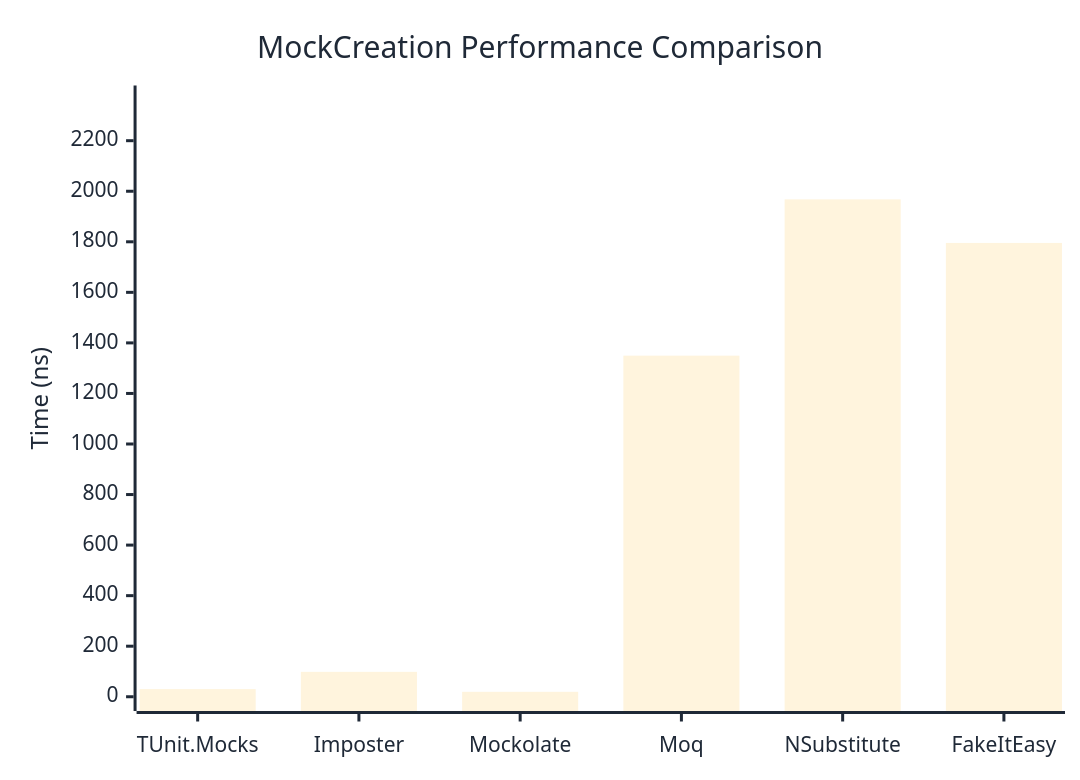
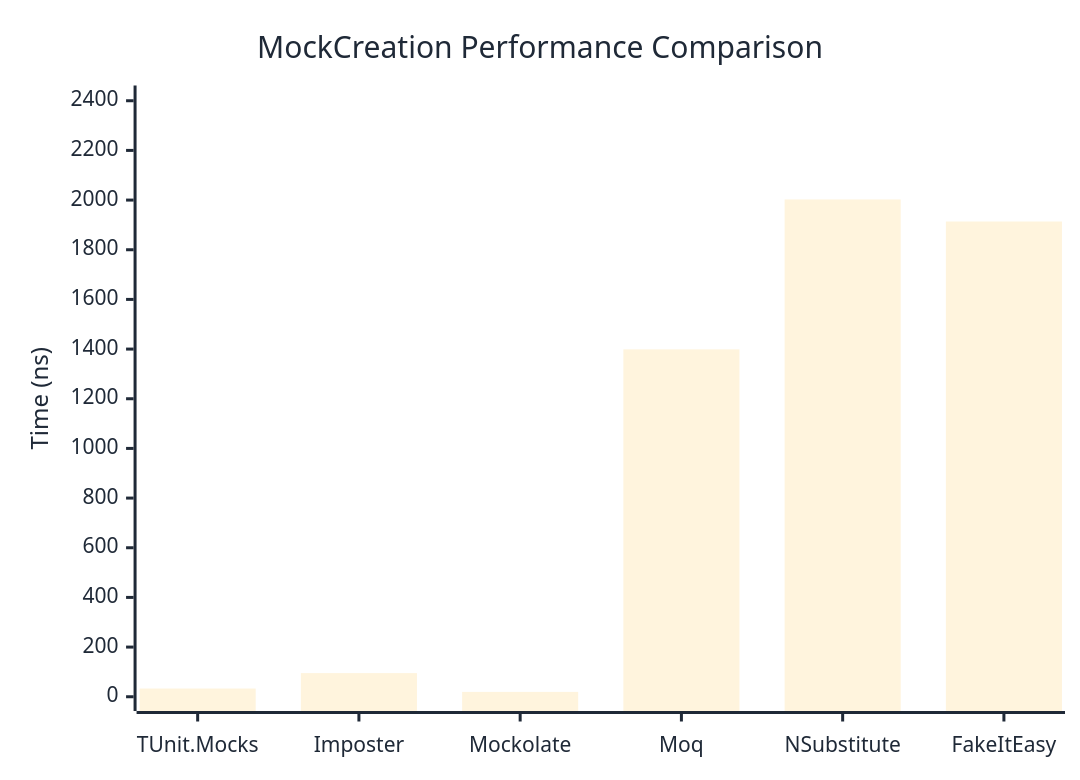
One commit to thomhurst/TUnit changed the first of 2 diagrams in docs/docs/benchmarks/mocks/MockCreation.md. Above: the diagram before and after it, drawn with Mermaid. The commit also changed other lines of this file and 14 other files, not shown here.

````diff
--- a/docs/docs/benchmarks/mocks/MockCreation.md
+++ b/docs/docs/benchmarks/mocks/MockCreation.md
@@ -30,27 +30,27 @@
 ```mermaid
 %%{init: {
   'theme':'base',
   'themeVariables': {
     'primaryColor': '#2563eb',
     'primaryTextColor': '#1f2937',
     'primaryBorderColor': '#1e40af',
     'lineColor': '#6b7280',
     'secondaryColor': '#7c3aed',
     'tertiaryColor': '#dc2626',
     'background': '#ffffff',
     'pie1': '#2563eb',
     'pie2': '#7c3aed',
     'pie3': '#dc2626',
     'pie4': '#f59e0b',
     'pie5': '#10b981',
     'pie6': '#06b6d4',
     'pie7': '#ec4899',
     'pie8': '#6366f1'
   }
 }}%%
 xychart-beta
   title "MockCreation Performance Comparison"
   x-axis ["TUnit.Mocks", "Imposter", "Mockolate", "Moq", "NSubstitute", "FakeItEasy"]
-  y-axis "Time (ns)" 0 --> 2362
-  bar [30.2, 98.53, 19.51, 1349.61, 1967.9, 1795.48]
+  y-axis "Time (ns)" 0 --> 2404
+  bar [33.11, 95.18, 19.52, 1398.89, 2002.54, 1913.69]
 ```
````
